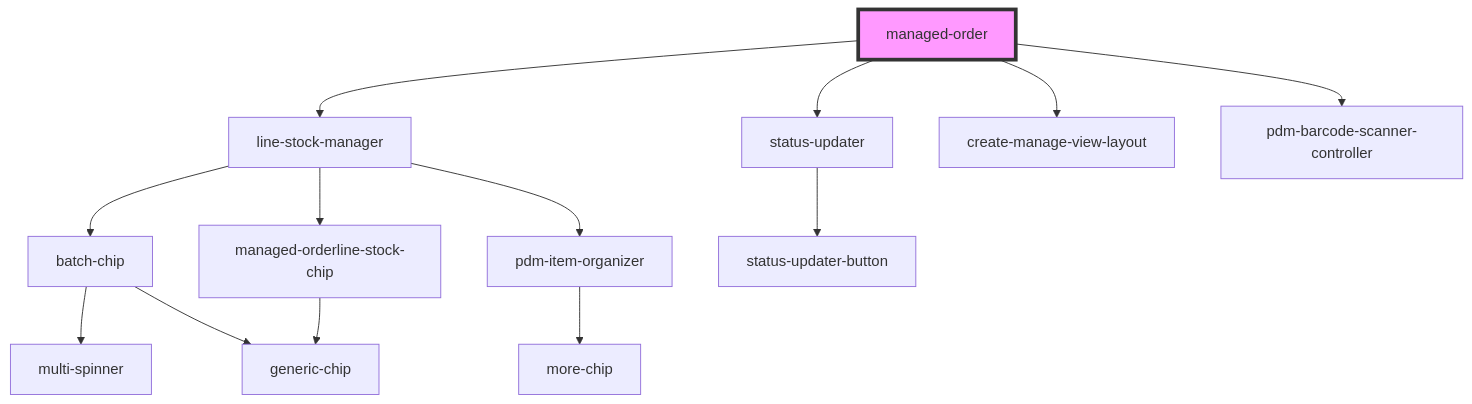
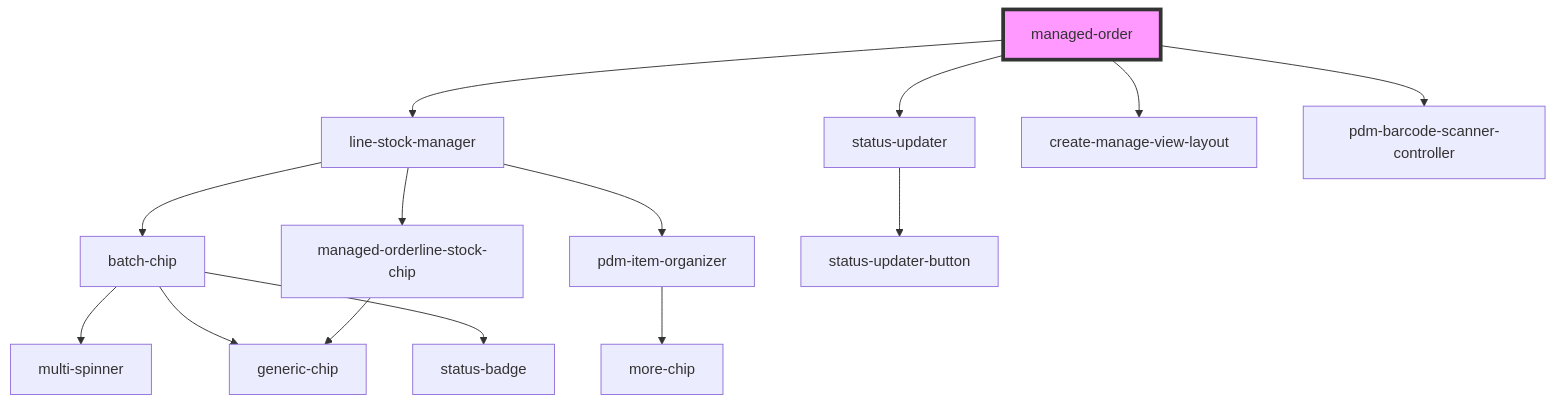
Before and after one commit to PharmaLedger-IMI/fgt-workspace: the diagram in pdm-web-components/src/components/managed-order/readme.md, drawn with Mermaid. The commit also changed 16 other files, not shown here.

Commit message:
refs #40 - updates batchManager to properly handle status. updates batch web components. adds status badge

````diff
--- a/pdm-web-components/src/components/managed-order/readme.md
+++ b/pdm-web-components/src/components/managed-order/readme.md
@@ -101,16 +101,17 @@
 ```mermaid
 graph TD;
   managed-order --> line-stock-manager
   managed-order --> status-updater
   managed-order --> create-manage-view-layout
   managed-order --> pdm-barcode-scanner-controller
   line-stock-manager --> batch-chip
   line-stock-manager --> managed-orderline-stock-chip
   line-stock-manager --> pdm-item-organizer
   batch-chip --> multi-spinner
   batch-chip --> generic-chip
+  batch-chip --> status-badge
   managed-orderline-stock-chip --> generic-chip
   pdm-item-organizer --> more-chip
   status-updater --> status-updater-button
   style managed-order fill:#f9f,stroke:#333,stroke-width:4px
 ```
````
